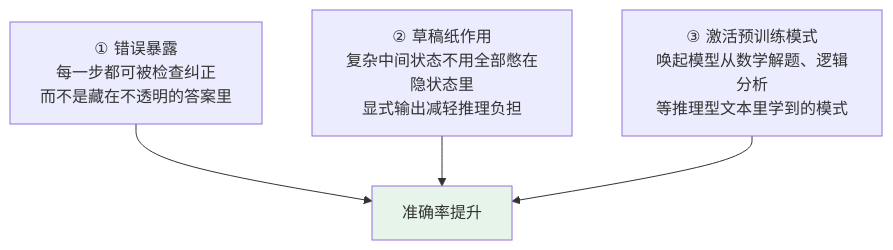
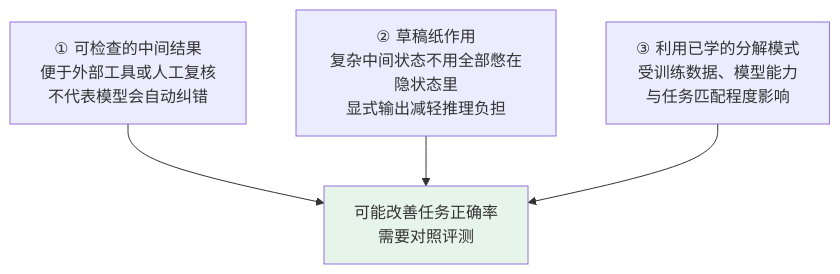
The first of 2 diagrams in docs/llm/04-prompt-reliability/17-cot.md (oneleaveknowsthefall/awesome-ai-roadmap), drawn with Mermaid before and after one commit. The commit also changed other lines of this file and 45 other files, not shown here.

````diff
--- a/docs/llm/04-prompt-reliability/17-cot.md
+++ b/docs/llm/04-prompt-reliability/17-cot.md
@@ -54,11 +68,11 @@
 ```mermaid
 flowchart TB
-    A["① 错误暴露<br/>每一步都可被检查纠正<br/>而不是藏在不透明的答案里"]
+    A["① 可检查的中间结果<br/>便于外部工具或人工复核<br/>不代表模型会自动纠错"]
     B["② 草稿纸作用<br/>复杂中间状态不用全部憋在隐状态里<br/>显式输出减轻推理负担"]
-    C["③ 激活预训练模式<br/>唤起模型从数学解题、逻辑分析<br/>等推理型文本里学到的模式"]
-    A --> R["准确率提升"]
+    C["③ 利用已学的分解模式<br/>受训练数据、模型能力<br/>与任务匹配程度影响"]
+    A --> R["可能改善任务正确率<br/>需要对照评测"]
     B --> R
     C --> R
 
     style R fill:#e6f4ea
 ```
````
